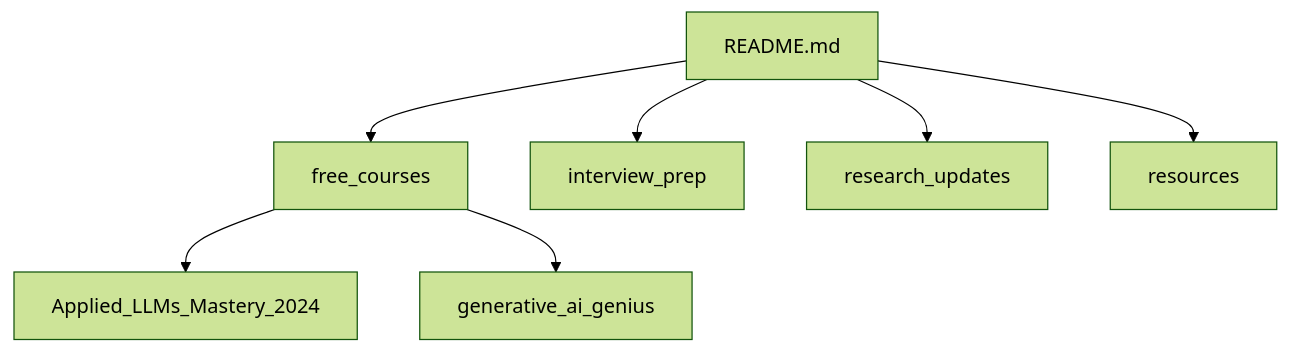
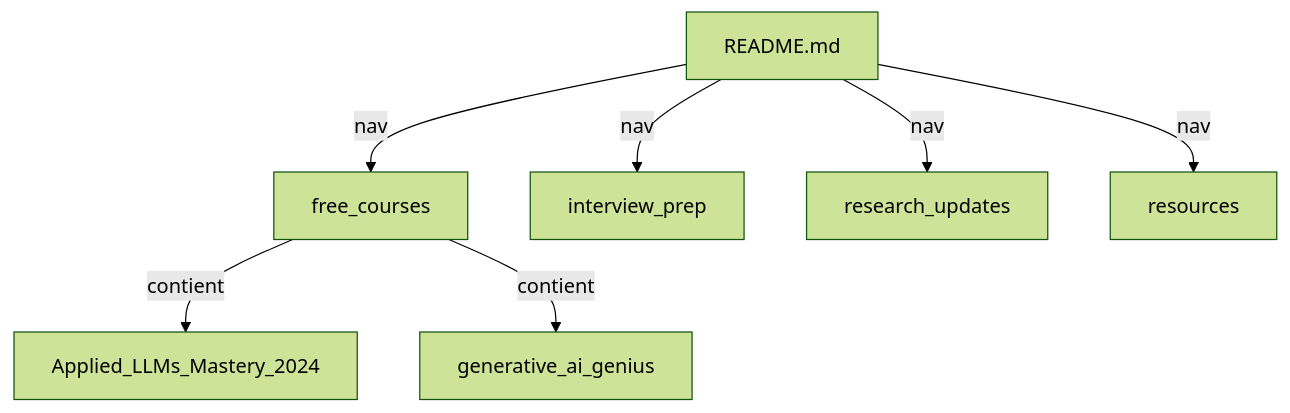
Before and after one commit to floSa/Veille-Repo: the diagram in veille/.data/fiches/aishwaryanr__awesome-generative-ai-guide.md, drawn with Mermaid (forest theme). The commit also changed other lines of this file and 1330 other files, not shown here.

First line of the commit message:
Mise à jour du catalogue : 7723 fiches, 7291 diagrammes

````diff
--- a/veille/.data/fiches/aishwaryanr__awesome-generative-ai-guide.md
+++ b/veille/.data/fiches/aishwaryanr__awesome-generative-ai-guide.md
@@ -27,9 +27,9 @@
 ```mermaid
 flowchart TD
-  A["README.md"] --> B["free_courses"]
-  A --> C["interview_prep"]
-  A --> D["research_updates"]
-  A --> E["resources"]
-  B --> F["Applied_LLMs_Mastery_2024"]
-  B --> G["generative_ai_genius"]
+  home["README.md"] -->|"nav"| cour["free_courses"]
+  home -->|"nav"| int["interview_prep"]
+  home -->|"nav"| res["research_updates"]
+  home -->|"nav"| rsc["resources"]
+  cour -->|"contient"| app["Applied_LLMs_Mastery_2024"]
+  cour -->|"contient"| gen["generative_ai_genius"]
 ```
````
